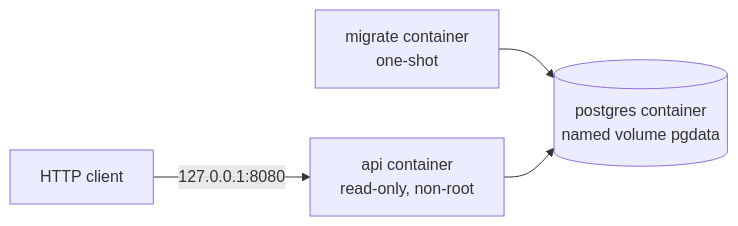
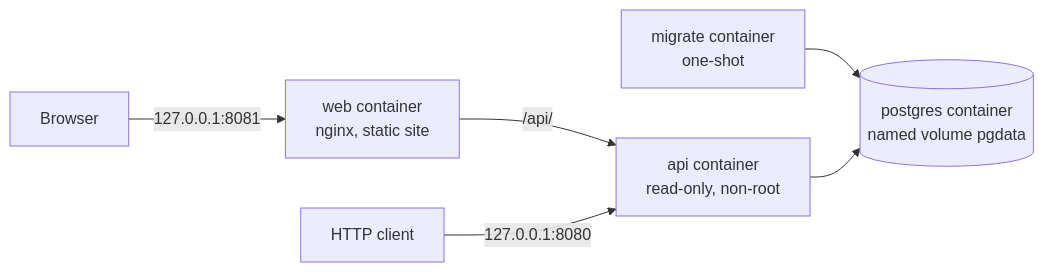
One commit to sazzad-hossain-shafin/vehicle-rental-management-system changed the second of 3 diagrams in docs/architecture/overview.md. Above: the diagram before and after it, drawn with Mermaid. The commit also changed other lines of this file and 106 other files, not shown here.

````diff
--- a/docs/architecture/overview.md
+++ b/docs/architecture/overview.md
@@ -30,6 +32,8 @@
 ```mermaid
 flowchart LR
+    Browser["Browser"] -->|"127.0.0.1:8081"| Web["web container<br/>nginx, static site"]
+    Web -->|"/api/"| API
     Client["HTTP client"] -->|"127.0.0.1:8080"| API["api container<br/>read-only, non-root"]
     Migrate["migrate container<br/>one-shot"] --> PG
     API --> PG[("postgres container<br/>named volume pgdata")]
 ```
````
